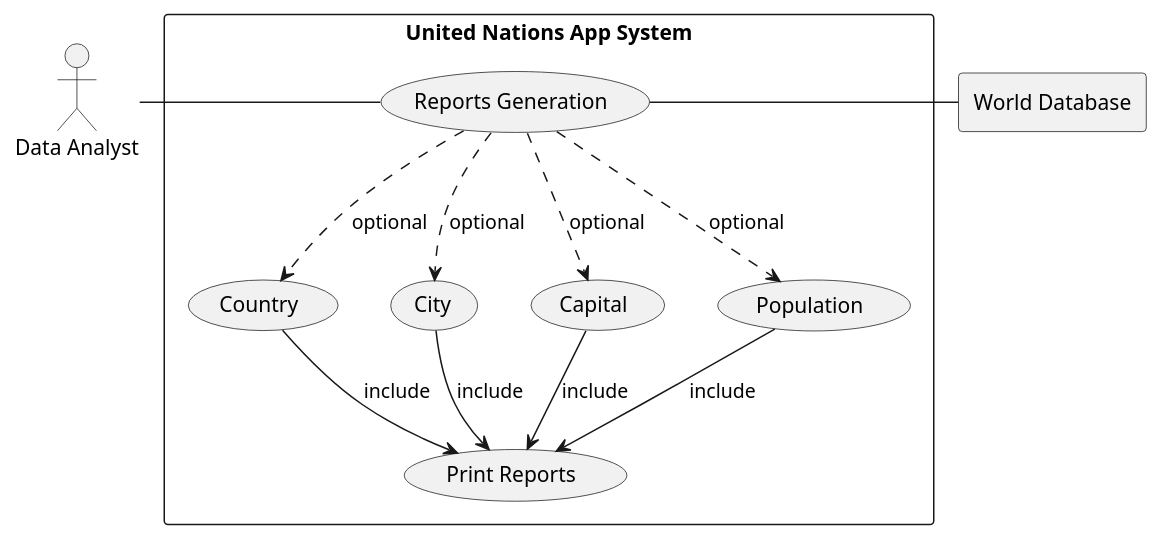
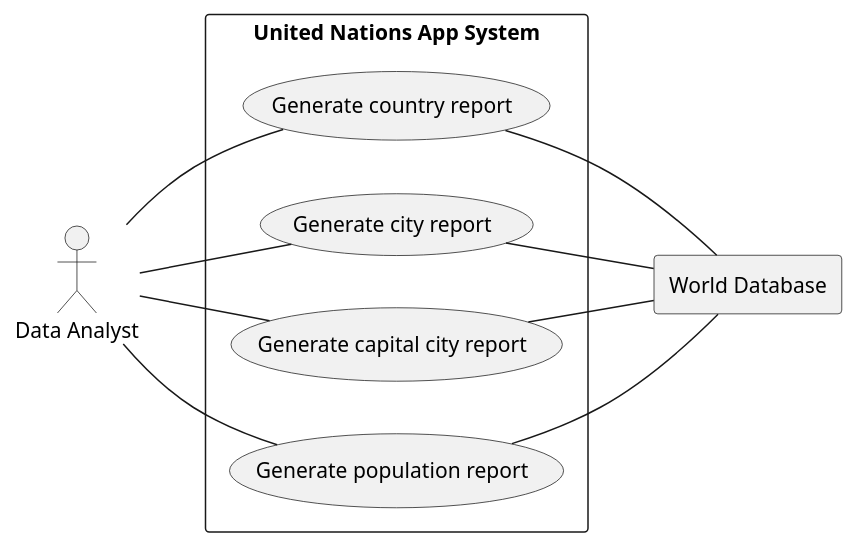
The diagram in use-cases/united-nations-system-high-level.puml (40518402/Group2_DevOps_2024), drawn with PlantUML before and after one commit.

Commit message:
fixed use case diagram

```diff
--- a/use-cases/united-nations-system-high-level.puml
+++ b/use-cases/united-nations-system-high-level.puml
@@ -1,29 +1,25 @@
 @startuml
+left to right direction
 
-actor OW as "Data Analyst"
+actor DA as "Data Analyst"
 
 rectangle "World Database"
 
 rectangle "United Nations App System" {
-    usecase UC1 as "Reports Generation"
-    usecase UC1.1 as "Country"
-    usecase UC1.2 as "City"
-    usecase UC1.3 as "Capital"
-    usecase UC1.4 as "Population"
+    usecase UC1 as "Generate country report"
+    usecase UC2 as "Generate city report"
+    usecase UC3 as "Generate capital city report"
+    usecase UC4 as "Generate population report"
 
-    usecase UCa as "Print Reports"
+    DA -- UC1
+    DA -- UC2
+    DA -- UC3
+    DA -- UC4
 
-    OW - UC1
-    UC1  ..> UC1.1 : optional
-        UC1.1 --> UCa : include
-    UC1  ..> UC1.2 : optional
-        UC1.2 --> UCa : include
-    UC1  ..> UC1.3 : optional
-        UC1.3 --> UCa : include
-    UC1  ..> UC1.4 : optional
-        UC1.4 --> UCa : include
-
-    UC1  - "World Database"
+    UC1 -- "World Database"
+    UC2 -- "World Database"
+    UC3 -- "World Database"
+    UC4 -- "World Database"
 }
 
 @enduml
```
